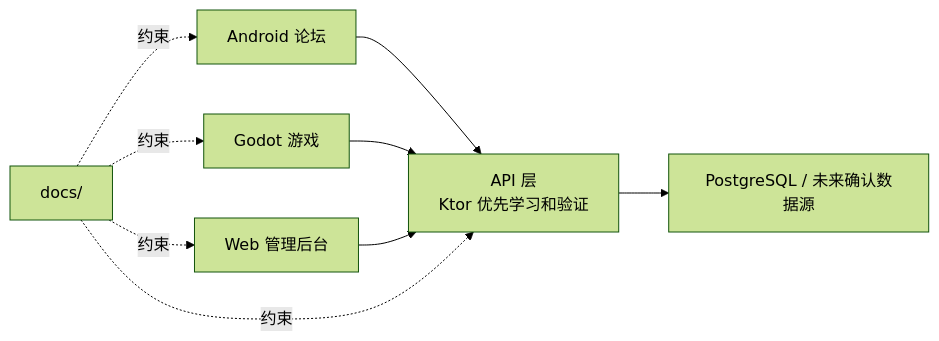
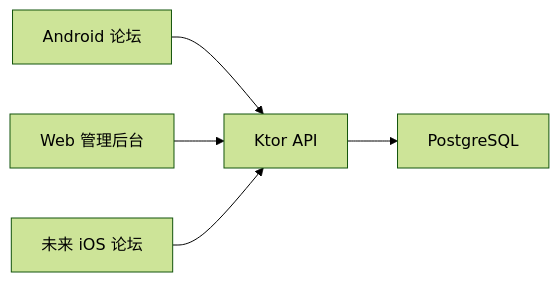
The diagram in docs/ARCHITECTURE.md (RuJ1Y/Cards-All), drawn with Mermaid (forest theme) before and after one commit. The commit also changed other lines of this file and 141 other files, not shown here.

````diff
--- a/docs/ARCHITECTURE.md
+++ b/docs/ARCHITECTURE.md
@@ -19,18 +13,13 @@
 ```mermaid
 flowchart LR
     Android["Android 论坛"]
-    Godot["Godot 游戏"]
     Admin["Web 管理后台"]
-    Api["API 层\nKtor 优先学习和验证"]
-    Db["PostgreSQL / 未来确认数据源"]
-    Docs["docs/"]
+    IOS["未来 iOS 论坛"]
+    Api["Ktor API"]
+    Db["PostgreSQL"]
 
     Android --> Api
-    Godot --> Api
     Admin --> Api
+    IOS --> Api
     Api --> Db
-    Docs -.约束.-> Android
-    Docs -.约束.-> Godot
-    Docs -.约束.-> Admin
-    Docs -.约束.-> Api
 ```
````
